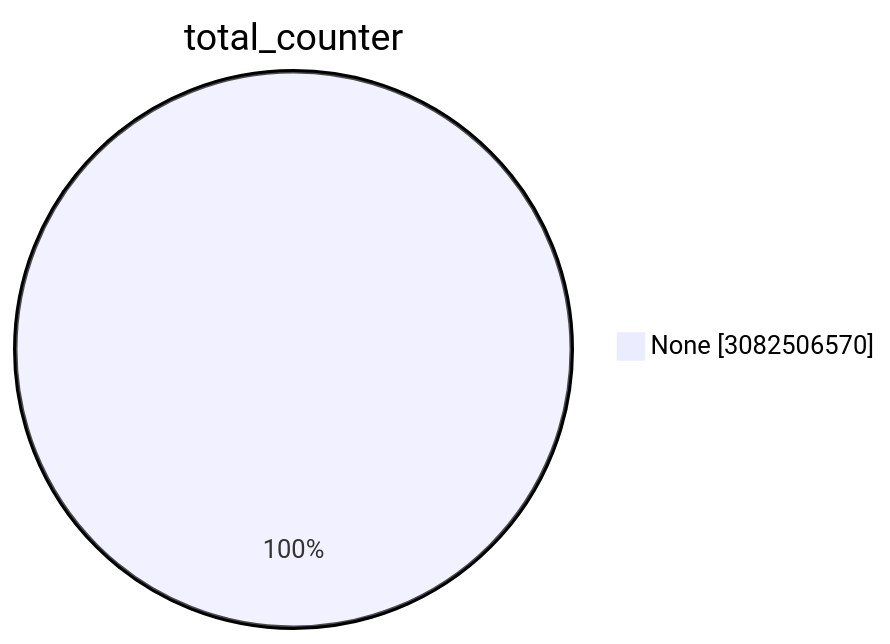
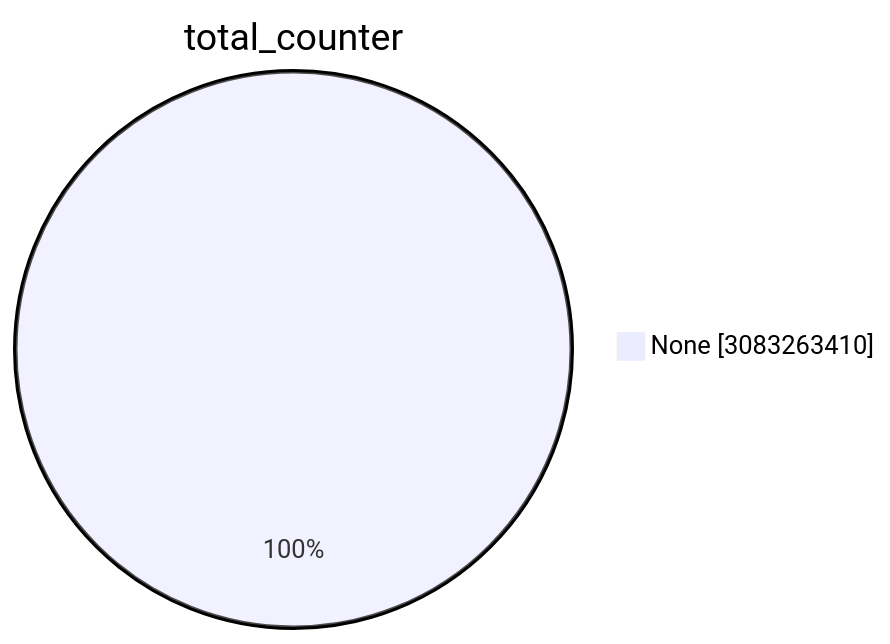
One commit to christiankrug/ctmonitor_visualization changed the first of 15 diagrams in TOTAL/README.md. Above: the diagram before and after it, drawn with Mermaid. The commit also changed other lines of this file, not shown here.

````diff
--- a/TOTAL/README.md
+++ b/TOTAL/README.md
@@ -1,5 +1,5 @@
 ```mermaid
 pie showData
 title total_counter
-"None" :3082506570
+"None" :3083263410
 ```
````
